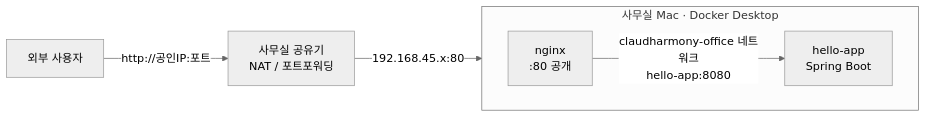
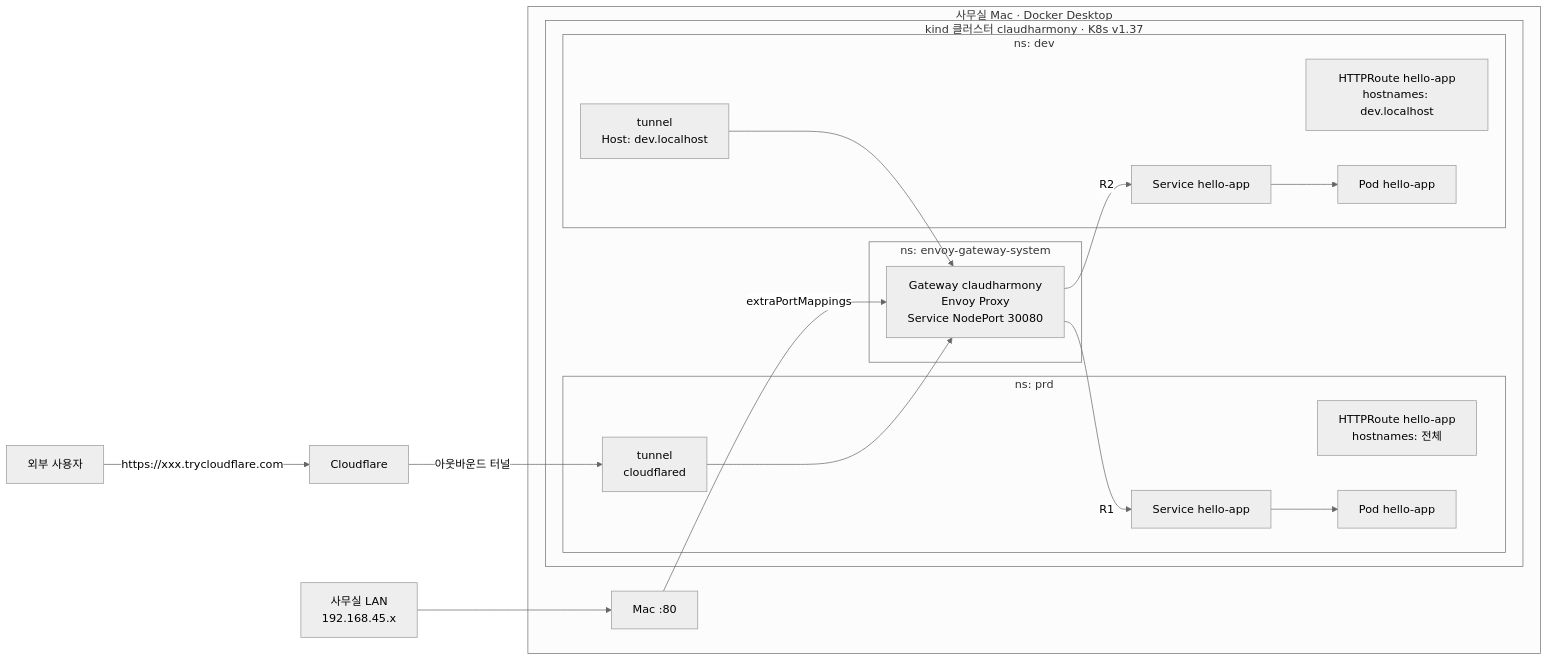
The diagram in docs/01-architecture.md (ParkSeWoo/claudharmony-infra), drawn with Mermaid (neutral theme) before and after one commit. The commit also changed other lines of this file and 12 other files, not shown here.

Commit message:
docs: K8s architecture, runbook, learning guide, CI/CD, worklog; infra auto-apply by changed stack

````diff
--- a/docs/01-architecture.md
+++ b/docs/01-architecture.md
@@ -10,9 +11,29 @@
 ```mermaid
 flowchart LR
-    U[외부 사용자] -->|http://공인IP:포트| R[사무실 공유기<br/>NAT / 포트포워딩]
-    R -->|192.168.45.x:80| M[사무실 Mac<br/>Docker Desktop]
-    subgraph M[사무실 Mac · Docker Desktop]
-      direction LR
-      N[nginx<br/>:80 공개] -->|claudharmony-office 네트워크<br/>hello-app:8080| A[hello-app<br/>Spring Boot]
+    U[외부 사용자] -->|https://xxx.trycloudflare.com| CF[Cloudflare]
+    CF -->|아웃바운드 터널| T
+
+    subgraph MAC[사무실 Mac · Docker Desktop]
+      subgraph K8S[kind 클러스터 claudharmony · K8s v1.37]
+        subgraph EGS[ns: envoy-gateway-system]
+          GW[Gateway claudharmony<br/>Envoy Proxy<br/>Service NodePort 30080]
+        end
+        subgraph PRD[ns: prd]
+          T[tunnel<br/>cloudflared]
+          R1[HTTPRoute hello-app<br/>hostnames: 전체]
+          S1[Service hello-app] --> P1[Pod hello-app]
+        end
+        subgraph DEV[ns: dev]
+          T2[tunnel<br/>Host: dev.localhost]
+          R2[HTTPRoute hello-app<br/>hostnames: dev.localhost]
+          S2[Service hello-app] --> P2[Pod hello-app]
+        end
+        T --> GW
+        T2 --> GW
+        GW -- R1 --> S1
+        GW -- R2 --> S2
+      end
+      L[Mac :80] -->|extraPortMappings| GW
     end
+    LAN[사무실 LAN<br/>192.168.45.x] --> L
 ```
````
